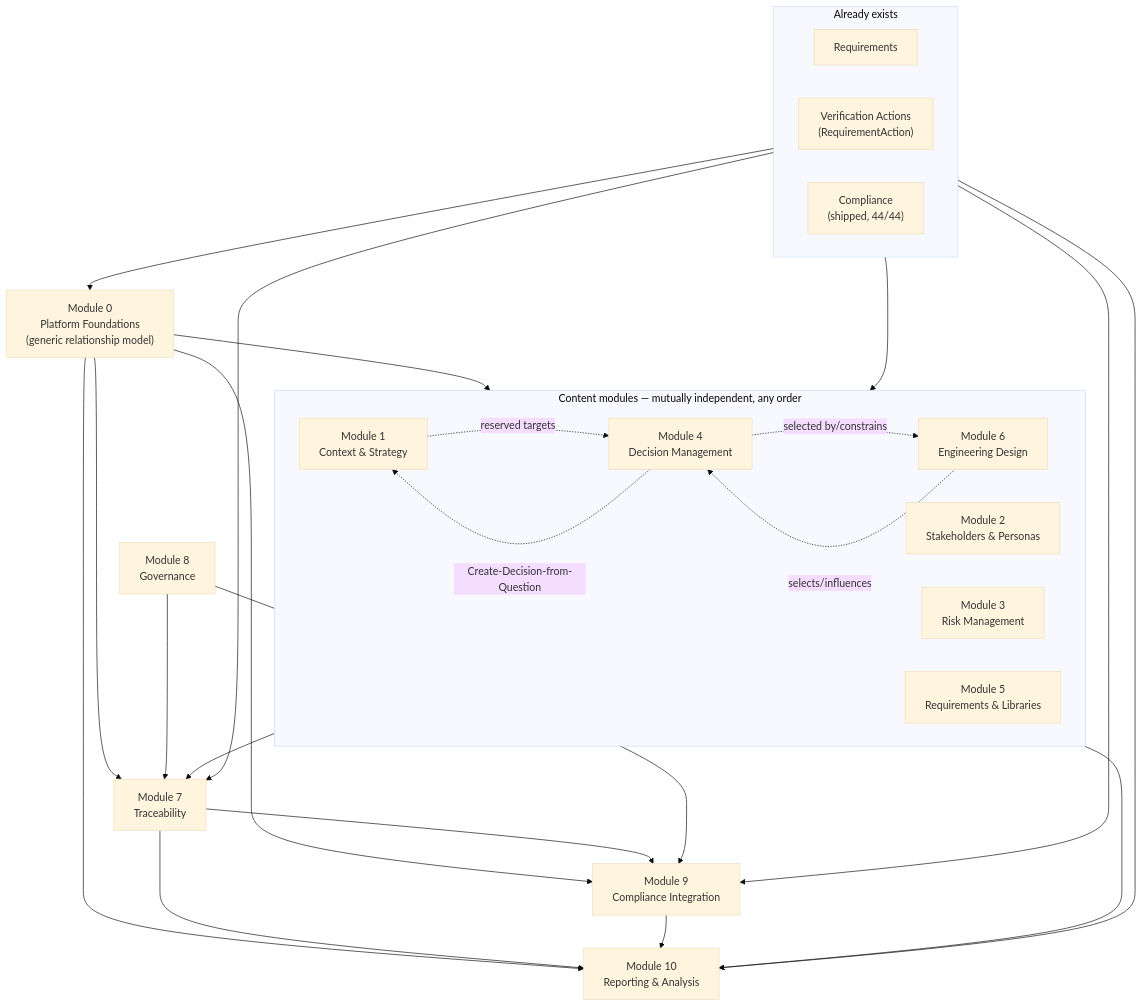
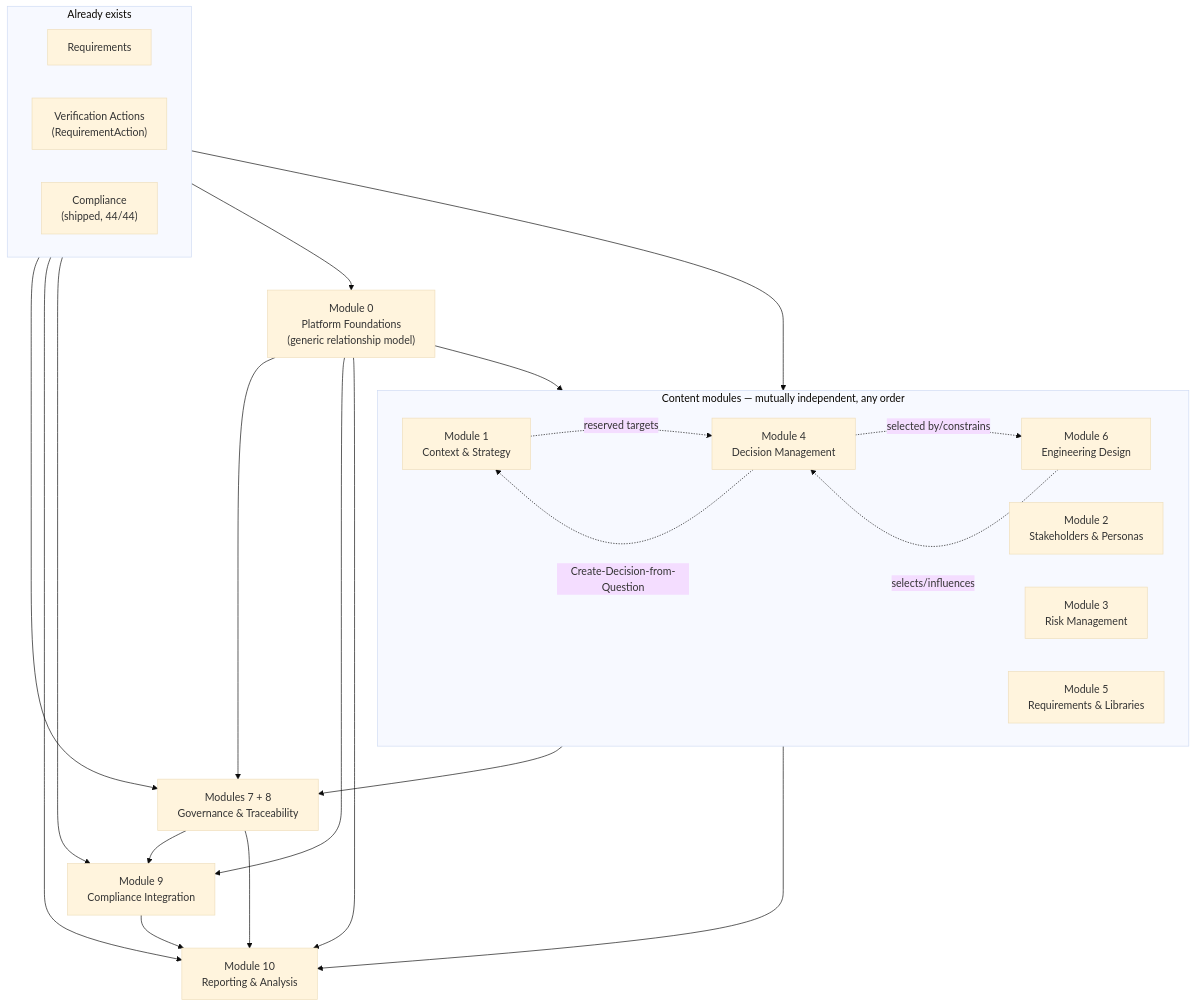
One commit to ballardr/reqtrackmanager changed the first of 2 diagrams in docs/plans/future-modules-2026-09-index.md. Above: the diagram before and after it, drawn with Mermaid (base theme). The commit also changed other lines of this file and 16 other files, not shown here.

````diff
--- a/docs/plans/future-modules-2026-09-index.md
+++ b/docs/plans/future-modules-2026-09-index.md
@@ -222,49 +222,46 @@
 ```mermaid
 flowchart TD
     subgraph EXIST["Already exists"]
         direction LR
         REQ["Requirements"]
         VER["Verification Actions\n(RequirementAction)"]
         COMPEX["Compliance\n(shipped, 44/44)"]
     end
 
     M0["Module 0\nPlatform Foundations\n(generic relationship model)"]
 
     subgraph CONTENT["Content modules — mutually independent, any order"]
         direction LR
         M1["Module 1\nContext & Strategy"]
         M2["Module 2\nStakeholders & Personas"]
         M4["Module 4\nDecision Management"]
         M3["Module 3\nRisk Management"]
         M6["Module 6\nEngineering Design"]
         M5["Module 5\nRequirements & Libraries"]
     end
 
-    M8["Module 8\nGovernance"]
-    M7["Module 7\nTraceability"]
+    GT["Modules 7 + 8\nGovernance & Traceability"]
     M9["Module 9\nCompliance Integration"]
     M10["Module 10\nReporting & Analysis"]
 
     EXIST --> M0
     EXIST --> CONTENT
     M0 --> CONTENT
-    M0 --> M7
+    M0 --> GT
     M0 --> M9
     M0 --> M10
-    VER --> M7
+    VER --> GT
     VER --> M10
 
-    M8 --> M7
-    CONTENT --> M7
-    M7 --> M9
-    M8 --> M9
+    CONTENT --> GT
+    GT --> M9
     COMPEX --> M9
     CONTENT --> M10
-    M7 --> M10
+    GT --> M10
     M9 --> M10
 
     M1 -. reserved targets .-> M4
     M4 -. Create-Decision-from-Question .-> M1
     M6 -. selects/influences .-> M4
     M4 -. selected by/constrains .-> M6
 ```
````
